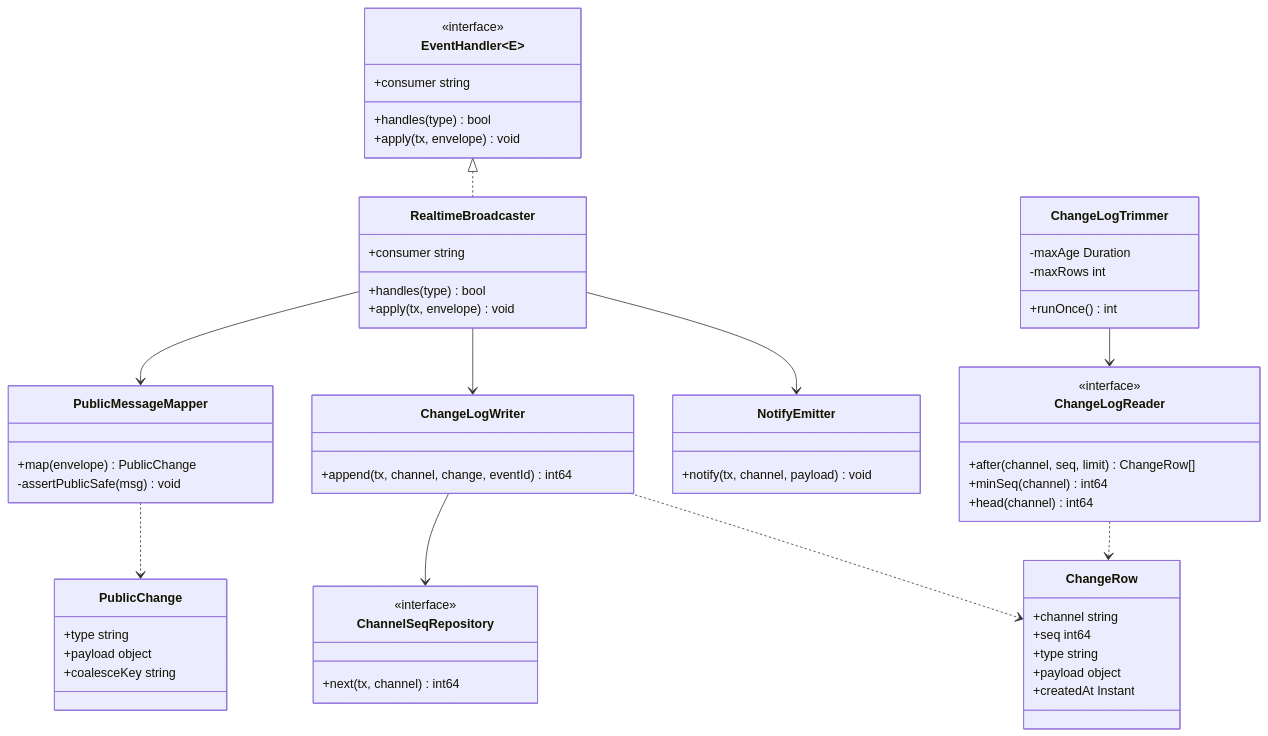
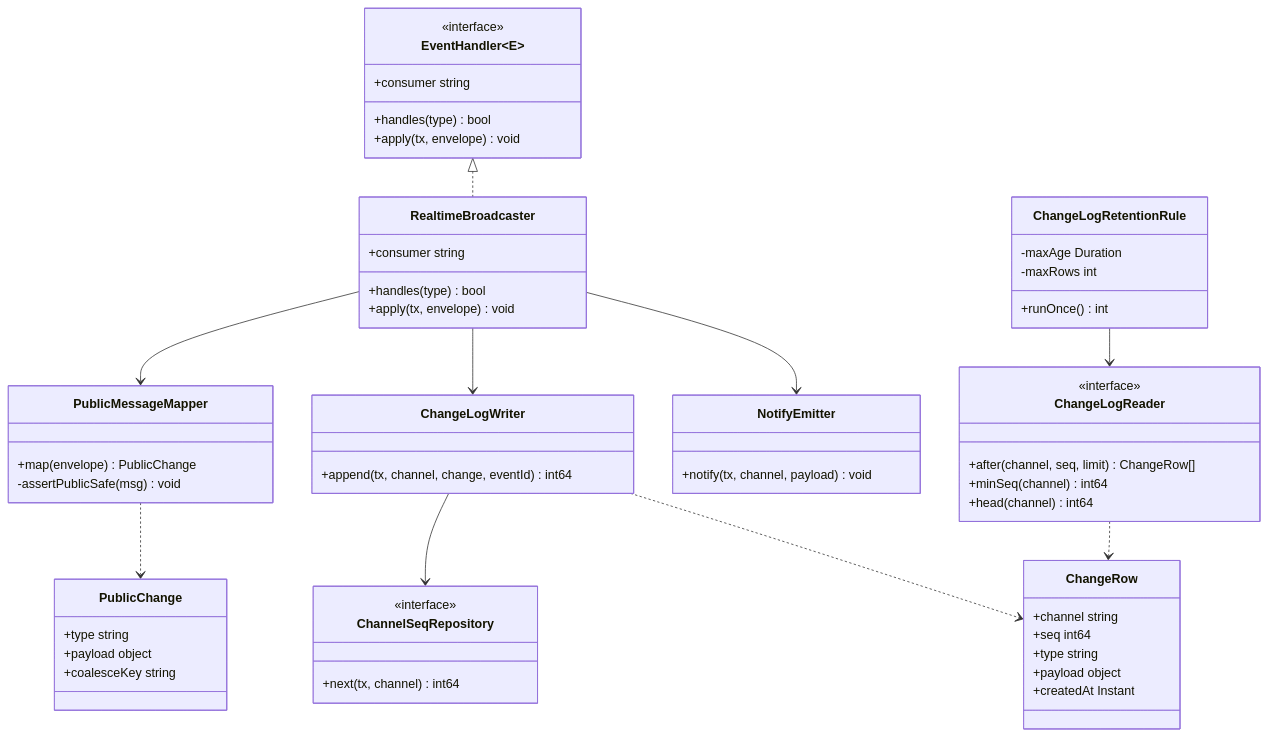
Before and after one commit to 1985jwlee/portpolio_backend: the second of 53 diagrams in docs/design/features/14-realtime.md, drawn with Mermaid. The commit also changed other lines of this file and 33 other files, not shown here.

````diff
--- a/docs/design/features/14-realtime.md
+++ b/docs/design/features/14-realtime.md
@@ -116,60 +116,60 @@
 ```mermaid
 classDiagram
     class EventHandler~E~ {
         <<interface>>
         +consumer string
         +handles(type) bool
         +apply(tx, envelope) void
     }
     class RealtimeBroadcaster {
         +consumer string
         +handles(type) bool
         +apply(tx, envelope) void
     }
     class PublicMessageMapper {
         +map(envelope) PublicChange
         -assertPublicSafe(msg) void
     }
     class PublicChange {
         +type string
         +payload object
         +coalesceKey string
     }
     class ChangeLogWriter {
         +append(tx, channel, change, eventId) int64
     }
     class ChannelSeqRepository {
         <<interface>>
         +next(tx, channel) int64
     }
     class ChangeLogReader {
         <<interface>>
         +after(channel, seq, limit) ChangeRow[]
         +minSeq(channel) int64
         +head(channel) int64
     }
-    class ChangeLogTrimmer {
+    class ChangeLogRetentionRule {
         +runOnce() int
         -maxAge Duration
         -maxRows int
     }
     class NotifyEmitter {
         +notify(tx, channel, payload) void
     }
     class ChangeRow {
         +channel string
         +seq int64
         +type string
         +payload object
         +createdAt Instant
     }
     EventHandler <|.. RealtimeBroadcaster
     RealtimeBroadcaster --> PublicMessageMapper
     RealtimeBroadcaster --> ChangeLogWriter
     RealtimeBroadcaster --> NotifyEmitter
     PublicMessageMapper ..> PublicChange
     ChangeLogWriter --> ChannelSeqRepository
     ChangeLogWriter ..> ChangeRow
-    ChangeLogTrimmer --> ChangeLogReader
+    ChangeLogRetentionRule --> ChangeLogReader
     ChangeLogReader ..> ChangeRow
 ```
````
